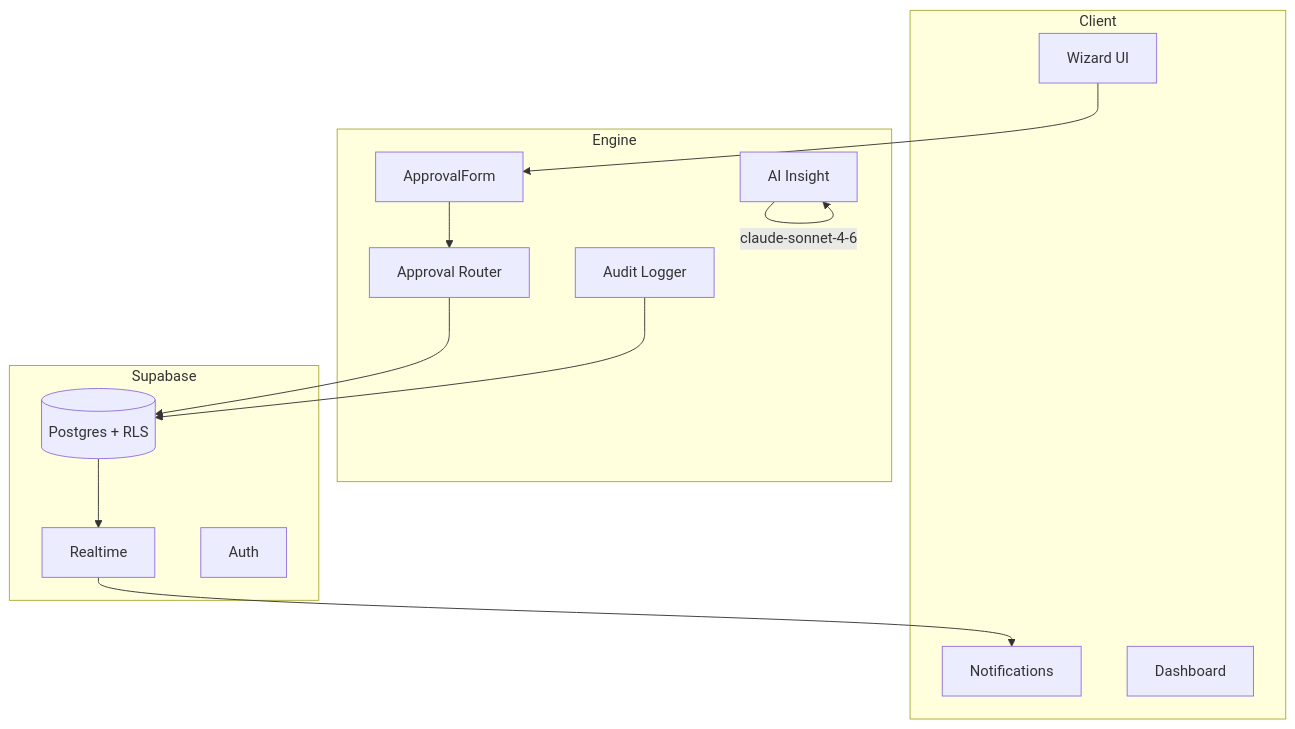
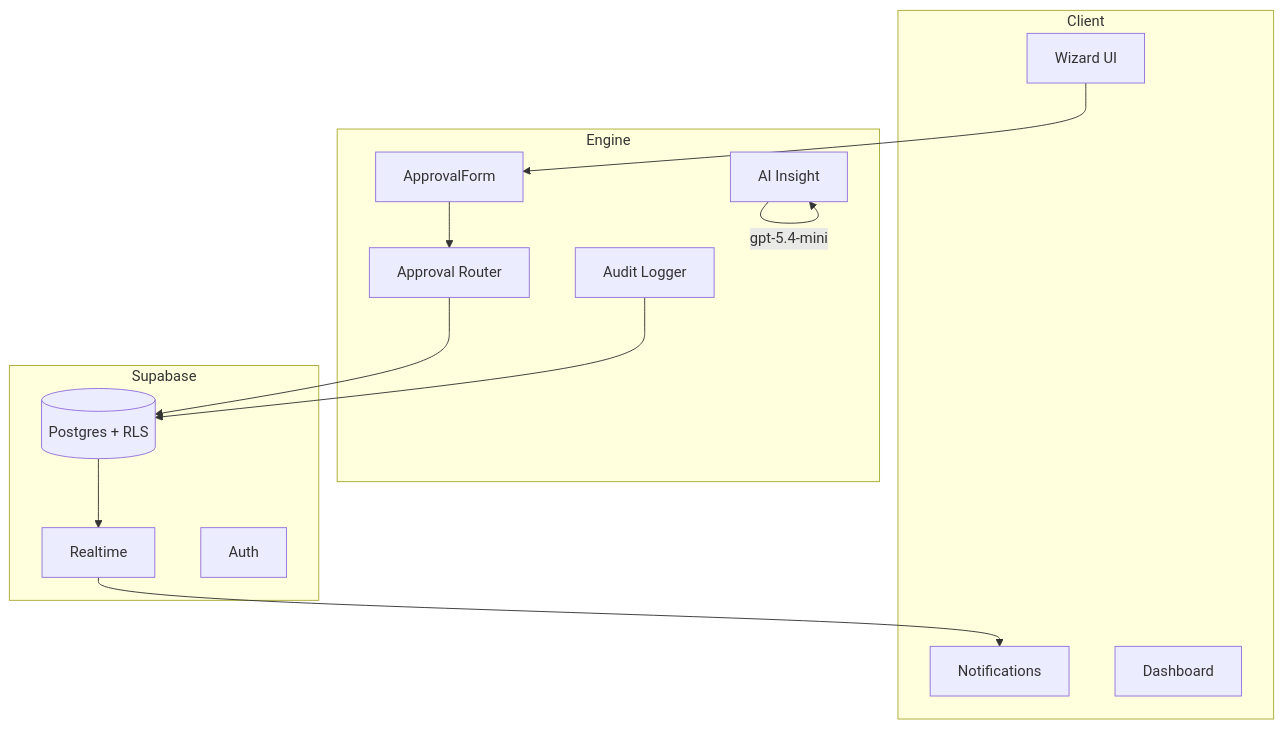
The second of 2 diagrams in docs/presentation.md (VidyasreeAtUnyk/mal-approval-engine), drawn with Mermaid before and after one commit. The commit also changed 47 other files, not shown here.

````diff
--- a/docs/presentation.md
+++ b/docs/presentation.md
@@ -37,26 +37,26 @@
 ```mermaid
 graph TD
   subgraph Client
     W[Wizard UI]
     N[Notifications]
     D[Dashboard]
   end
   subgraph Engine
     AF[ApprovalForm]
     AR[Approval Router]
     AI[AI Insight]
     AU[Audit Logger]
   end
   subgraph Supabase
     DB[(Postgres + RLS)]
     RT[Realtime]
     SU[Auth]
   end
   W --> AF
   AF --> AR
   AR --> DB
   AU --> DB
   DB --> RT
   RT --> N
-  AI -->|claude-sonnet-4-6| AI
+  AI -->|gpt-5.4-mini| AI
 ```
````
